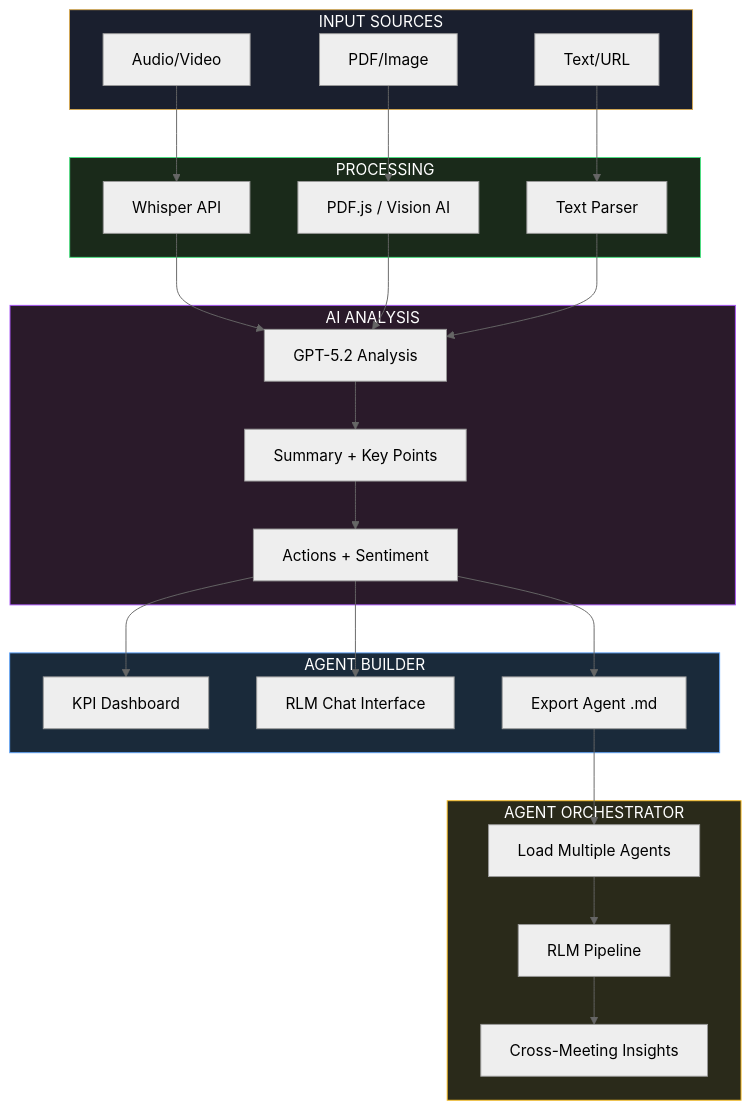
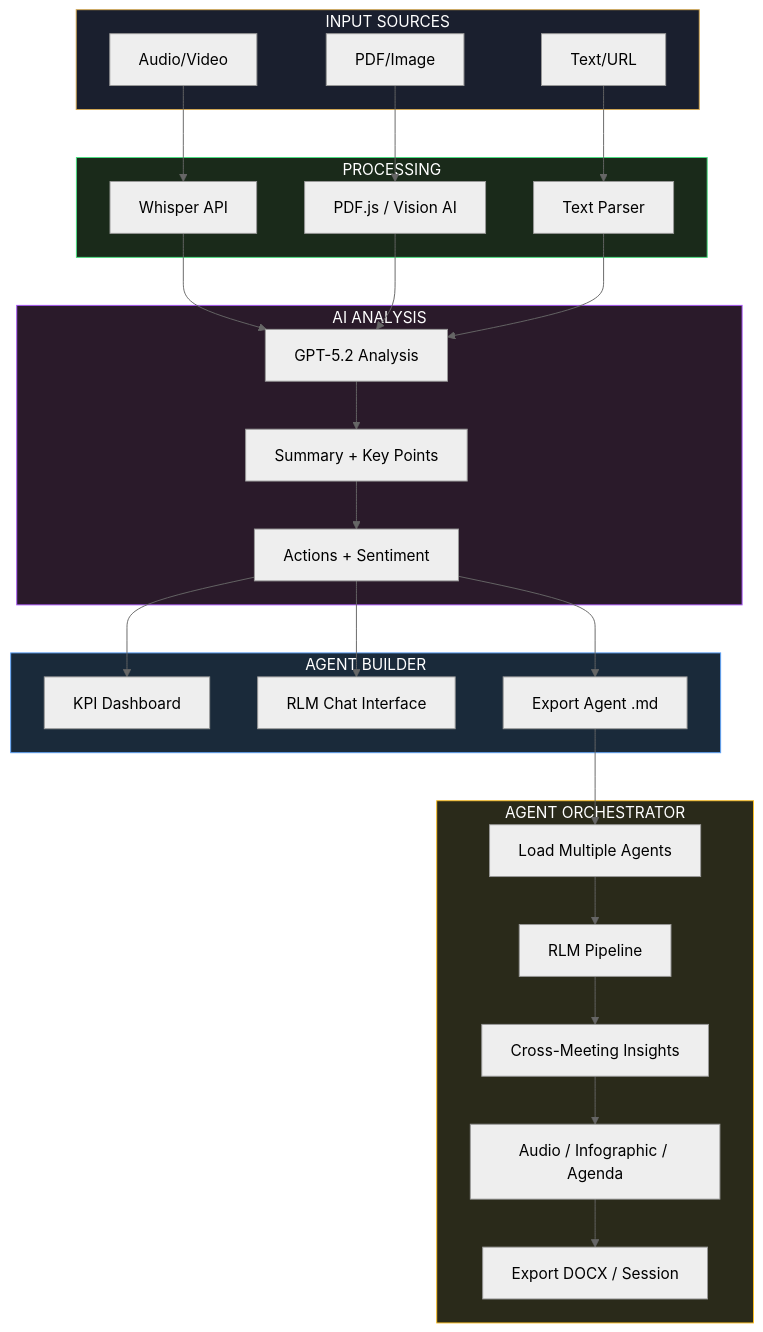
One commit to mjamiv/vox2txt changed the diagram in README.md. Above: the diagram before and after it, drawn with Mermaid (neutral theme). The commit also changed other lines of this file, not shown here.

````diff
--- a/README.md
+++ b/README.md
@@ -86,45 +98,47 @@
 ```mermaid
 flowchart TB
     subgraph Input["INPUT SOURCES"]
         A1[Audio/Video]
         A2[PDF/Image]
         A3[Text/URL]
     end
 
     subgraph Process["PROCESSING"]
         B1[Whisper API]
         B2[PDF.js / Vision AI]
         B3[Text Parser]
     end
 
     subgraph Analysis["AI ANALYSIS"]
         C1[GPT-5.2 Analysis]
         C2[Summary + Key Points]
         C3[Actions + Sentiment]
     end
 
     subgraph Builder["AGENT BUILDER"]
         D1[KPI Dashboard]
         D2[RLM Chat Interface]
         D3[Export Agent .md]
     end
 
     subgraph Orchestrator["AGENT ORCHESTRATOR"]
         E1[Load Multiple Agents]
         E2[RLM Pipeline]
         E3[Cross-Meeting Insights]
+        E4[Audio / Infographic / Agenda]
+        E5[Export DOCX / Session]
     end
 
     A1 --> B1 --> C1
     A2 --> B2 --> C1
     A3 --> B3 --> C1
     C1 --> C2 --> C3
     C3 --> D1 & D2 & D3
-    D3 --> E1 --> E2 --> E3
+    D3 --> E1 --> E2 --> E3 --> E4 --> E5
 
     style Input fill:#1a1f2e,stroke:#d4a853,color:#fff
     style Process fill:#1a2a1a,stroke:#4ade80,color:#fff
     style Analysis fill:#2a1a2a,stroke:#a855f7,color:#fff
     style Builder fill:#1a2a3a,stroke:#60a5fa,color:#fff
     style Orchestrator fill:#2a2a1a,stroke:#fbbf24,color:#fff
 ```
````
